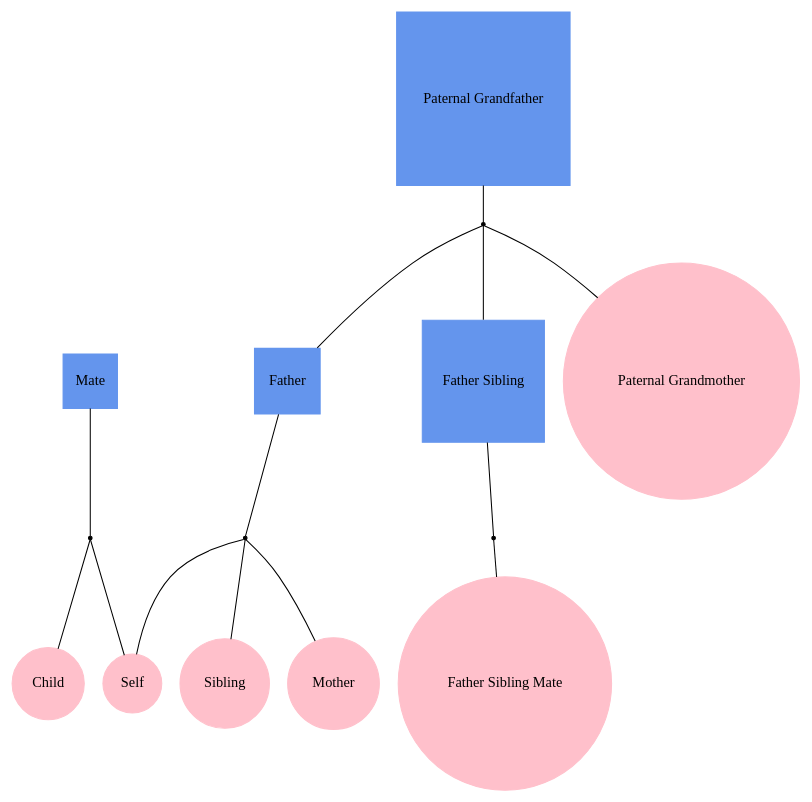
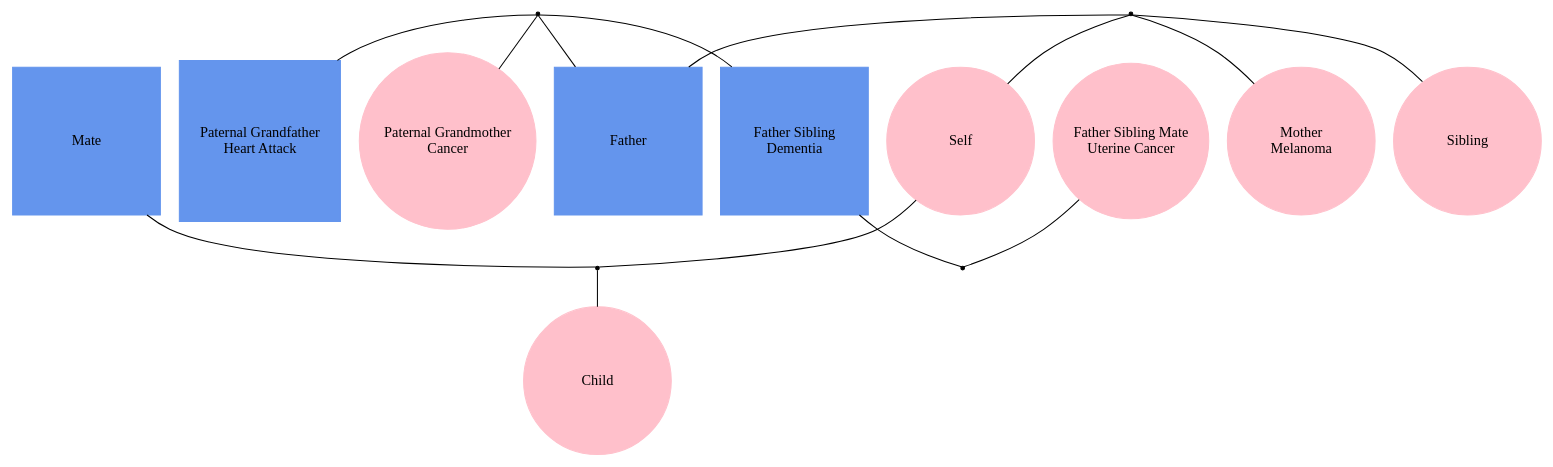
One commit to phewing/teamM_L changed the diagram in encoder/out4.gv. Above: the diagram before and after it, drawn with Graphviz. The commit also changed 22 other files, not shown here.

```diff
--- a/encoder/out4.gv
+++ b/encoder/out4.gv
@@ -1,29 +1,36 @@
 
 graph f4 {
-"Self" [shape=oval, style=filled, regular=1, color="pink"];
-"Mate" [shape=box, style=filled, regular=1, color="cornflowerblue"];
-"Child" [shape=oval, style=filled, regular=1, color="pink"];
-"Sibling" [shape=oval, style=filled, regular=1, color="pink"];
-"Mother" [shape=oval, style=filled, regular=1, color="pink"];
-"Father" [shape=box, style=filled, regular=1, color="cornflowerblue"];
-"Father Sibling" [shape=box, style=filled, regular=1, color="cornflowerblue"];
-"Father Sibling Mate" [shape=oval, style=filled, regular=1, color="pink"];
-"Paternal Grandmother" [shape=oval, style=filled, regular=1, color="pink"];
-"Paternal Grandfather" [shape=box, style=filled, regular=1, color="cornflowerblue"];
+ordering=out;
+
+"Self" [fontname="helvetica:bold", width=2, shape=oval, style=filled, regular=1, color="pink"];
+"Mate" [fontname="helvetica:bold", width=2, shape=box, style=filled, regular=1, color="cornflowerblue"];
+"Child" [fontname="helvetica:bold", width=2, shape=oval, style=filled, regular=1, color="pink"];
+"Sibling" [fontname="helvetica:bold", width=2, shape=oval, style=filled, regular=1, color="pink"];
+"Mother\nMelanoma" [fontname="helvetica:bold", width=2, shape=oval, style=filled, regular=1, color="pink"];
+"Father" [fontname="helvetica:bold", width=2, shape=box, style=filled, regular=1, color="cornflowerblue"];
+"Father Sibling\nDementia" [fontname="helvetica:bold", width=2, shape=box, style=filled, regular=1, color="cornflowerblue"];
+"Father Sibling Mate\nUterine Cancer" [fontname="helvetica:bold", width=2, shape=oval, style=filled, regular=1, color="pink"];
+"Paternal Grandmother\nCancer" [fontname="helvetica:bold", width=2, shape=oval, style=filled, regular=1, color="pink"];
+"Paternal Grandfather\nHeart Attack" [fontname="helvetica:bold", width=2, shape=box, style=filled, regular=1, color="cornflowerblue"];
 
 "mate+self" [shape=point];
 "father+mother" [shape=point];
 "fathersibling+fathersiblingmate" [shape=point];
 "paternalgrandfather+paternalgrandmother" [shape=point];
 
 "Mate" -- "mate+self" -- "Self";
-"Father" -- "father+mother" -- "Mother";
-"Father Sibling" -- "fathersibling+fathersiblingmate" -- "Father Sibling Mate";
-"Paternal Grandfather" -- "paternalgrandfather+paternalgrandmother" -- "Paternal Grandmother";
+"Father" -- "father+mother" -- "Mother\nMelanoma";
+"Father Sibling\nDementia" -- "fathersibling+fathersiblingmate" -- "Father Sibling Mate\nUterine Cancer";
+"Paternal Grandfather\nHeart Attack" -- "paternalgrandfather+paternalgrandmother" -- "Paternal Grandmother\nCancer";
 
 "father+mother" -- "Self";
 "mate+self" -- "Child";
 "father+mother" -- "Sibling";
 "paternalgrandfather+paternalgrandmother" -- "Father";
-"paternalgrandfather+paternalgrandmother" -- "Father Sibling";
+"paternalgrandfather+paternalgrandmother" -- "Father Sibling\nDementia";
+
+{rank=same; "Paternal Grandmother\nCancer" "Paternal Grandfather\nHeart Attack"}
+{rank=same; "Mother\nMelanoma" "Father" "Father Sibling\nDementia" "Father Sibling Mate\nUterine Cancer"}
+{rank=same; "Self" "Mate" "Sibling"}
+{rank=same; "Child"}
 }
```
